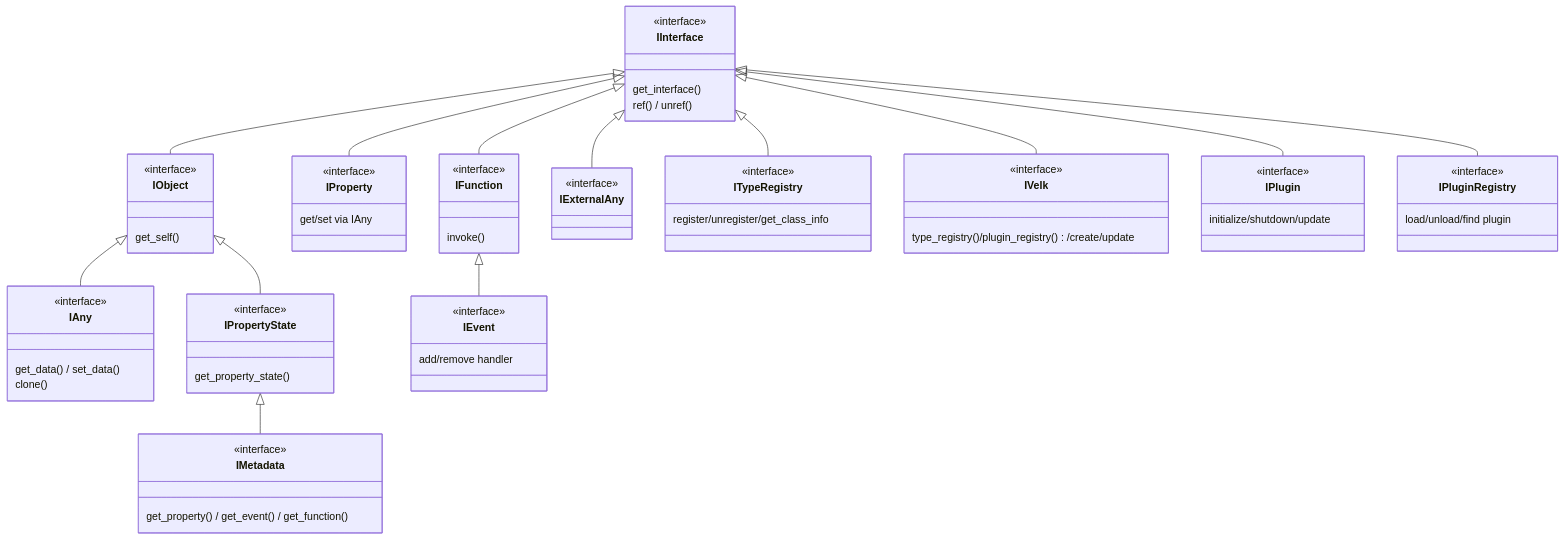
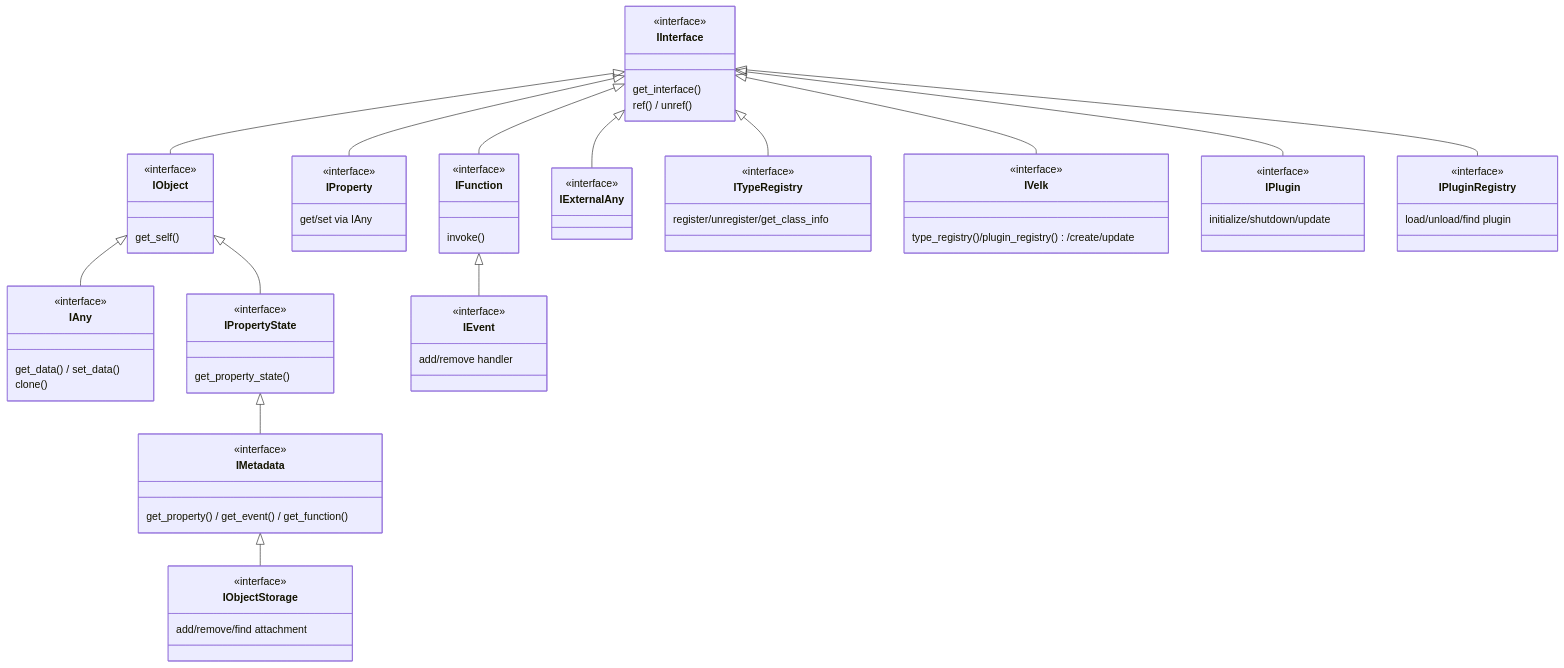
Before and after one commit to ljaaskela/strata: the second of 3 diagrams in docs/architecture.md, drawn with Mermaid. The commit also changed other lines of this file and 32 other files, not shown here.

````diff
--- a/docs/architecture.md
+++ b/docs/architecture.md
@@ -121,76 +126,81 @@
 ```mermaid
 classDiagram
     direction TB
 
     class IInterface {
         <<interface>>
         get_interface()
         ref() / unref()
     }
 
     class IObject {
         <<interface>>
         get_self()
     }
     class IAny {
         <<interface>>
         get_data() / set_data()
         clone()
     }
 
     class IPropertyState {
         <<interface>>
         get_property_state()
     }
     class IMetadata {
         <<interface>>
         get_property() / get_event() / get_function()
+    }
+    class IObjectStorage {
+        <<interface>>
+        add/remove/find attachment
     }
     class IProperty {
         <<interface>>
         get/set via IAny
     }
     class IFunction {
         <<interface>>
         invoke()
     }
     class IEvent {
         <<interface>>
         add/remove handler
     }
 
     class IExternalAny {
         <<interface>>
     }
     class ITypeRegistry {
         <<interface>>
         register/unregister/get_class_info
     }
     class IVelk {
         <<interface>>
         type_registry()/plugin_registry()/create/update
     }
     class IPlugin {
         <<interface>>
         initialize/shutdown/update
     }
     class IPluginRegistry {
         <<interface>>
         load/unload/find plugin
     }
 
     IInterface <|-- IObject
     IObject <|-- IAny
     IObject <|-- IPropertyState
     IPropertyState <|-- IMetadata
+    IMetadata <|-- IObjectStorage
 
     IInterface <|-- IProperty
     IInterface <|-- IFunction
     IFunction <|-- IEvent
 
     IInterface <|-- IPlugin
     IInterface <|-- IExternalAny
     IInterface <|-- ITypeRegistry
     IInterface <|-- IPluginRegistry
     IInterface <|-- IVelk
 ```
````
